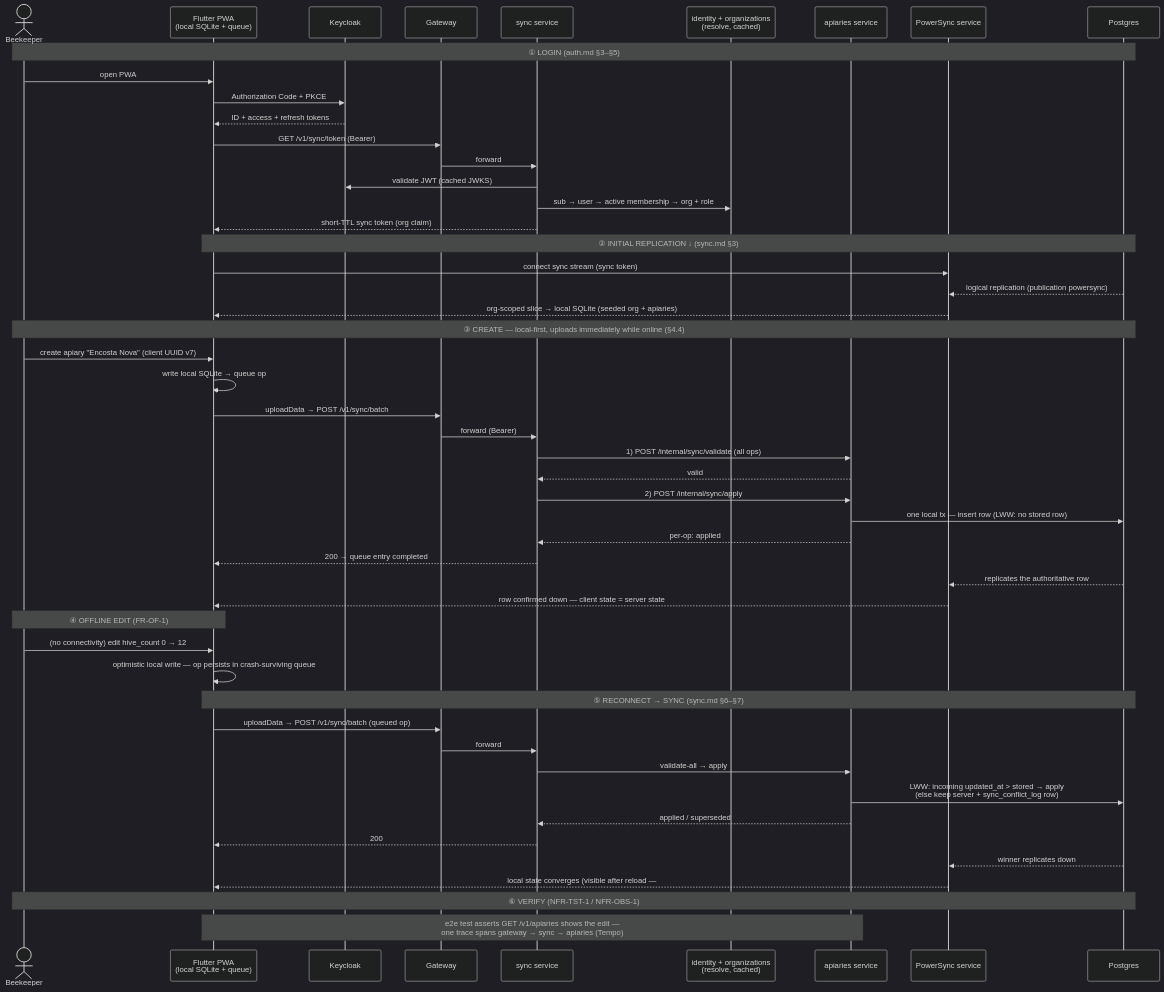
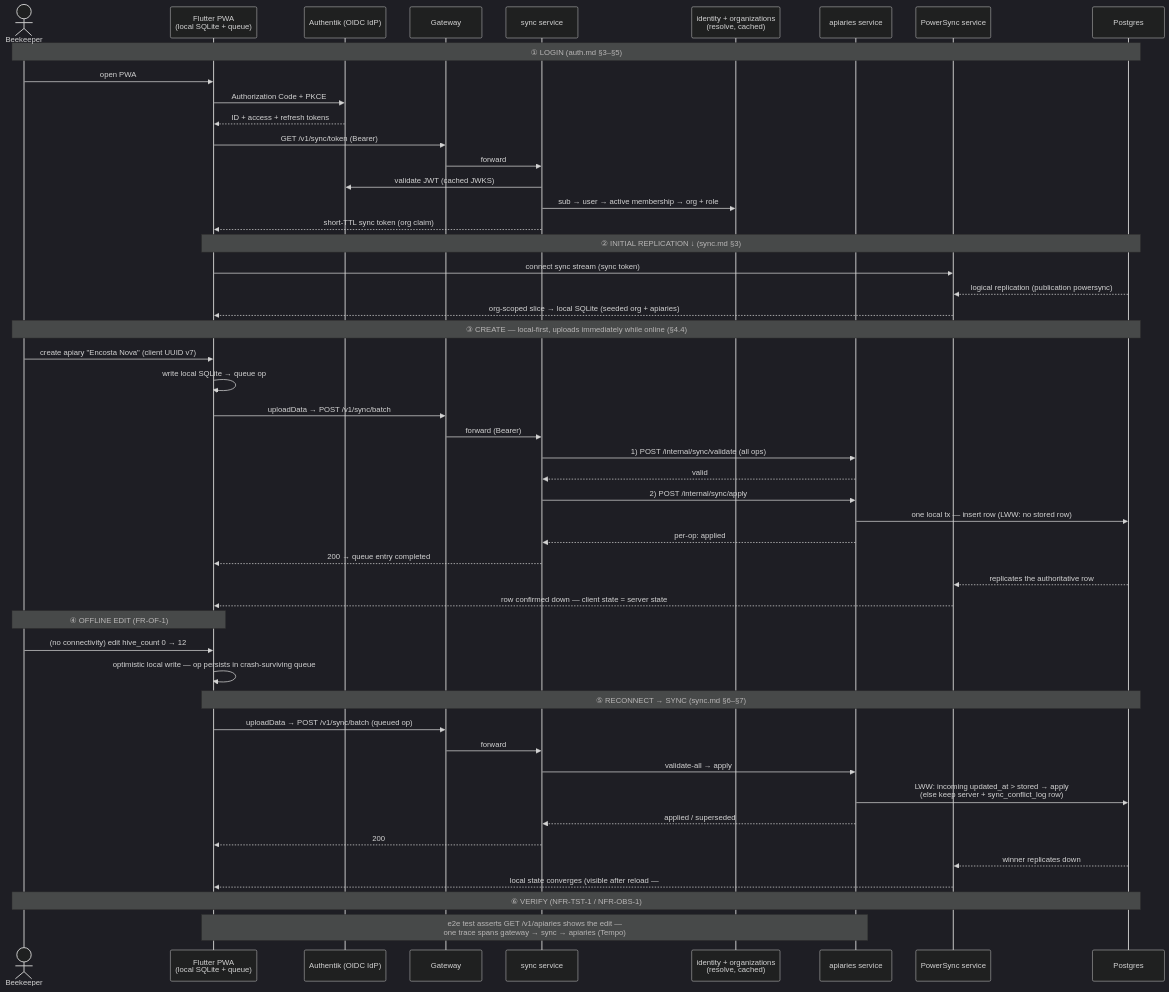
The second of 2 diagrams in docs/architecture/walking-skeleton.md (TiagoJVO/beekeepingit), drawn with Mermaid (dark theme) before and after one commit. The commit also changed other lines of this file and 17 other files, not shown here.

````diff
--- a/docs/architecture/walking-skeleton.md
+++ b/docs/architecture/walking-skeleton.md
@@ -303,58 +304,58 @@
 ```mermaid
 sequenceDiagram
     actor U as Beekeeper
     participant C as Flutter PWA<br/>(local SQLite + queue)
-    participant KC as Keycloak
+    participant KC as Authentik (OIDC IdP)
     participant GW as Gateway
     participant SY as sync service
     participant AR as identity + organizations<br/>(resolve, cached)
     participant AP as apiaries service
     participant PS as PowerSync service
     participant PG as Postgres
 
     Note over U,PG: ① LOGIN (auth.md §3–§5)
     U->>C: open PWA
     C->>KC: Authorization Code + PKCE
     KC-->>C: ID + access + refresh tokens
     C->>GW: GET /v1/sync/token (Bearer)
     GW->>SY: forward
     SY->>KC: validate JWT (cached JWKS)
     SY->>AR: sub → user → active membership → org + role
     SY-->>C: short-TTL sync token (org claim)
 
     Note over C,PG: ② INITIAL REPLICATION ↓ (sync.md §3)
     C->>PS: connect sync stream (sync token)
     PG-->>PS: logical replication (publication powersync)
     PS-->>C: org-scoped slice → local SQLite (seeded org + apiaries)
 
     Note over U,PG: ③ CREATE — local-first, uploads immediately while online (§4.4)
     U->>C: create apiary "Encosta Nova" (client UUID v7)
     C->>C: write local SQLite → queue op
     C->>GW: uploadData → POST /v1/sync/batch
     GW->>SY: forward (Bearer)
     SY->>AP: 1) POST /internal/sync/validate (all ops)
     AP-->>SY: valid
     SY->>AP: 2) POST /internal/sync/apply
     AP->>PG: one local tx — insert row (LWW: no stored row)
     AP-->>SY: per-op: applied
     SY-->>C: 200 → queue entry completed
     PG-->>PS: replicates the authoritative row
     PS-->>C: row confirmed down — client state = server state
 
     Note over U,C: ④ OFFLINE EDIT (FR-OF-1)
     U->>C: (no connectivity) edit hive_count 0 → 12
     C->>C: optimistic local write — op persists in crash-surviving queue
 
     Note over C,PG: ⑤ RECONNECT → SYNC (sync.md §6–§7)
     C->>GW: uploadData → POST /v1/sync/batch (queued op)
     GW->>SY: forward
     SY->>AP: validate-all → apply
     AP->>PG: LWW: incoming updated_at > stored → apply<br/>(else keep server + sync_conflict_log row)
     AP-->>SY: applied / superseded
     SY-->>C: 200
     PG-->>PS: winner replicates down
     PS-->>C: local state converges (visible after reload — #23 AC)
 
     Note over U,PG: ⑥ VERIFY (NFR-TST-1 / NFR-OBS-1)
     Note over C,AP: e2e test asserts GET /v1/apiaries shows the edit —<br/>one trace spans gateway → sync → apiaries (Tempo)
 ```
````
